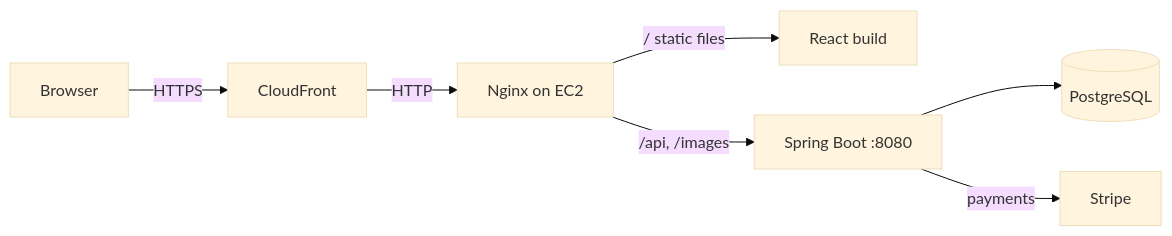
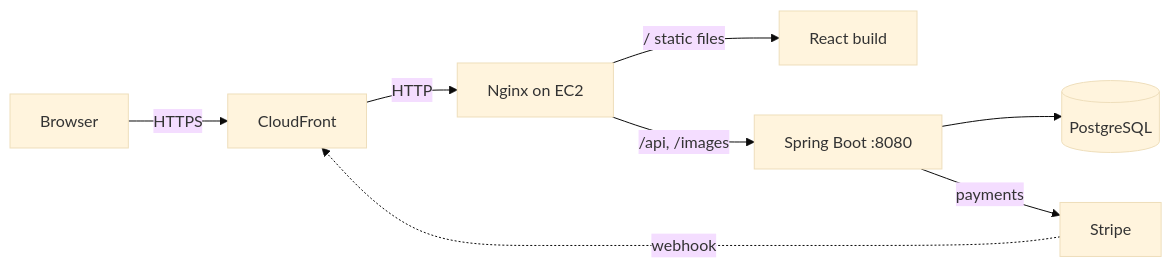
One commit to bgorantla/sb-ecom changed the first of 2 diagrams in README.md. Above: the diagram before and after it, drawn with Mermaid (base theme). The commit also changed other lines of this file and 27 other files, not shown here.

````diff
--- a/README.md
+++ b/README.md
@@ -31,9 +31,10 @@
 ```mermaid
 flowchart LR
     B[Browser] -->|HTTPS| CF[CloudFront]
     CF -->|HTTP| N[Nginx on EC2]
     N -->|/ static files| R[React build]
     N -->|/api, /images| S[Spring Boot :8080]
     S --> P[(PostgreSQL)]
     S -->|payments| ST[Stripe]
+    ST -.->|webhook| CF
 ```
````
